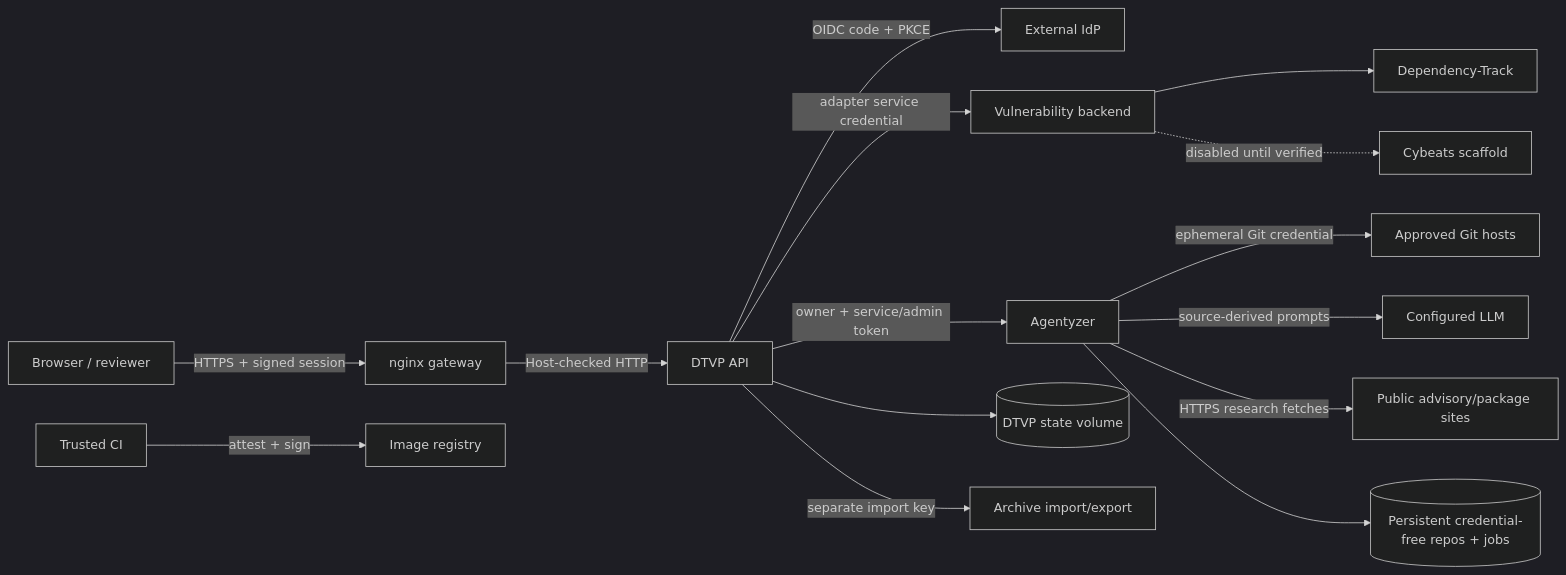
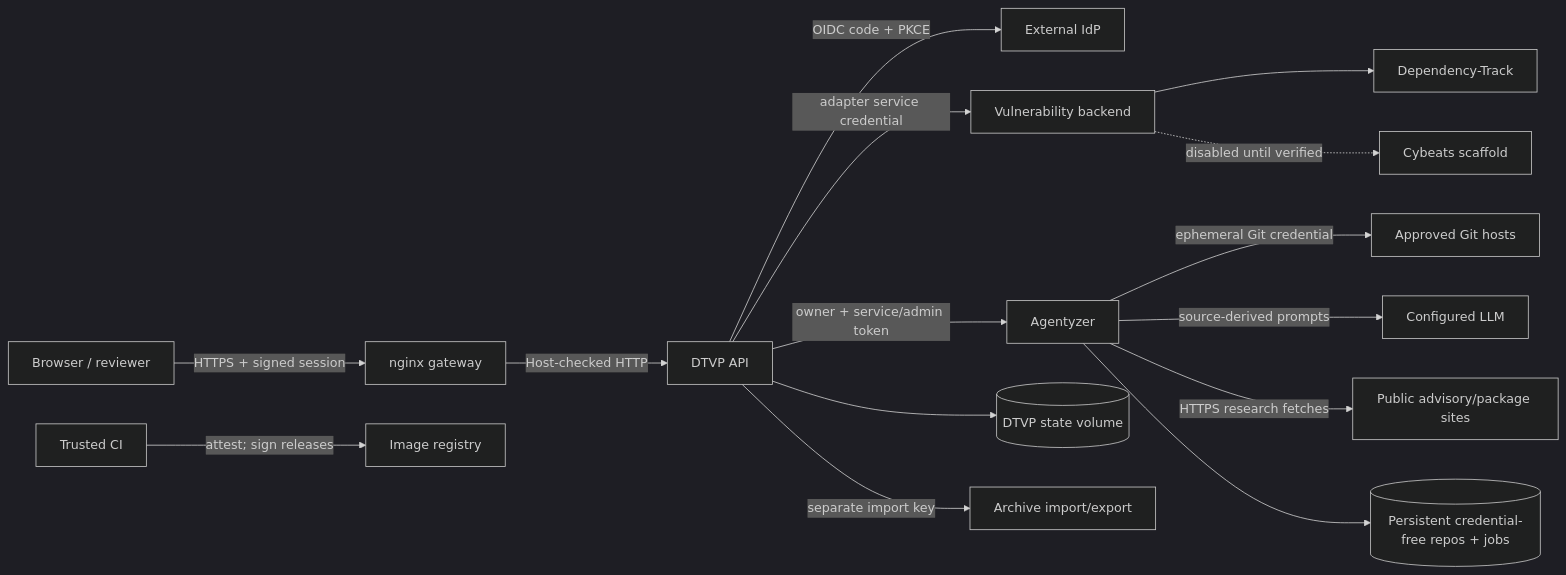
The diagram in docs/threat-model.md (phbaer/dtvp), drawn with Mermaid (dark theme) before and after one commit. The commit also changed other lines of this file and 4 other files, not shown here.

````diff
--- a/docs/threat-model.md
+++ b/docs/threat-model.md
@@ -59,17 +59,17 @@
 ```mermaid
 flowchart LR
     Browser[Browser / reviewer] -->|HTTPS + signed session| Gateway[nginx gateway]
     Gateway -->|Host-checked HTTP| DTVP[DTVP API]
     DTVP -->|OIDC code + PKCE| IdP[External IdP]
     DTVP -->|adapter service credential| Backend[Vulnerability backend]
     Backend --> DT[Dependency-Track]
     Backend -. disabled until verified .-> Cybeats[Cybeats scaffold]
     DTVP -->|owner + service/admin token| Analyzer[Agentyzer]
     Analyzer -->|ephemeral Git credential| Git[Approved Git hosts]
     Analyzer -->|source-derived prompts| LLM[Configured LLM]
     Analyzer -->|HTTPS research fetches| Web[Public advisory/package sites]
     DTVP --> State[(DTVP state volume)]
     Analyzer --> Repos[(Persistent credential-free repos + jobs)]
     DTVP -->|separate import key| Archive[Archive import/export]
-    CI[Trusted CI] -->|attest + sign| Registry[Image registry]
+    CI[Trusted CI] -->|attest; sign releases| Registry[Image registry]
 ```
````
